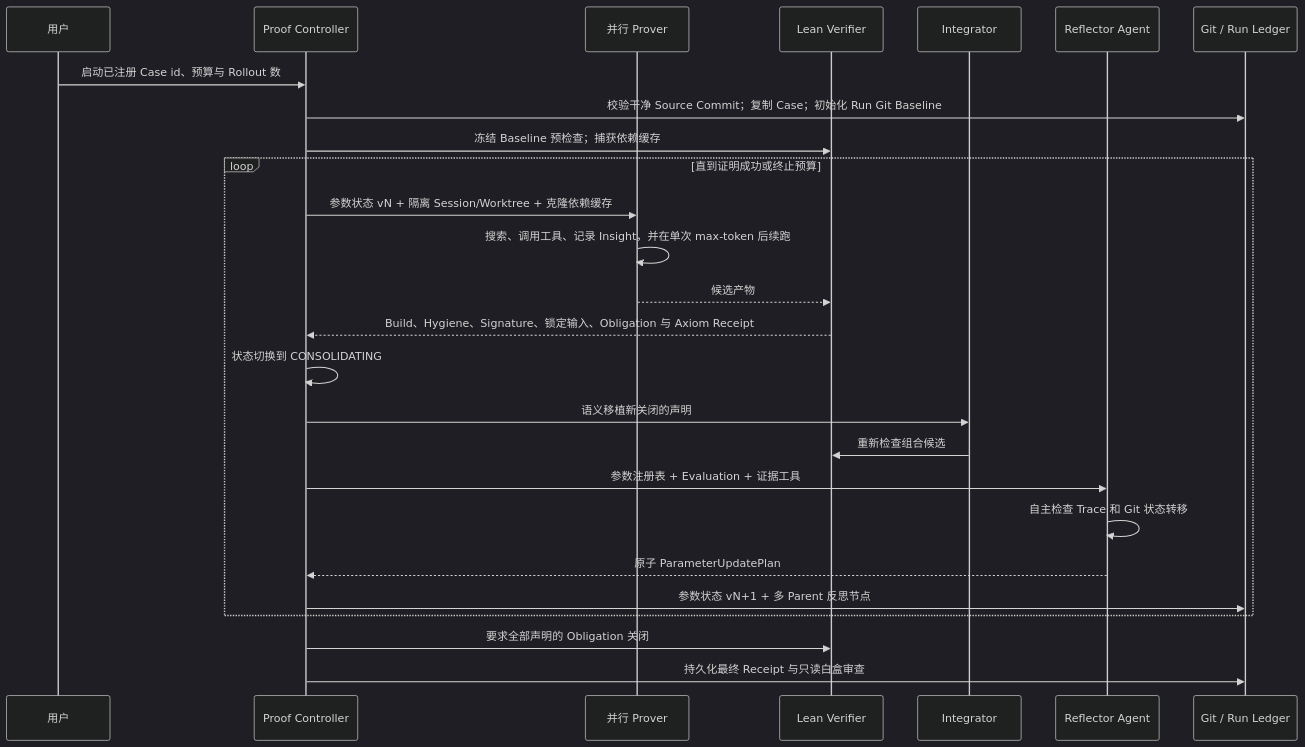
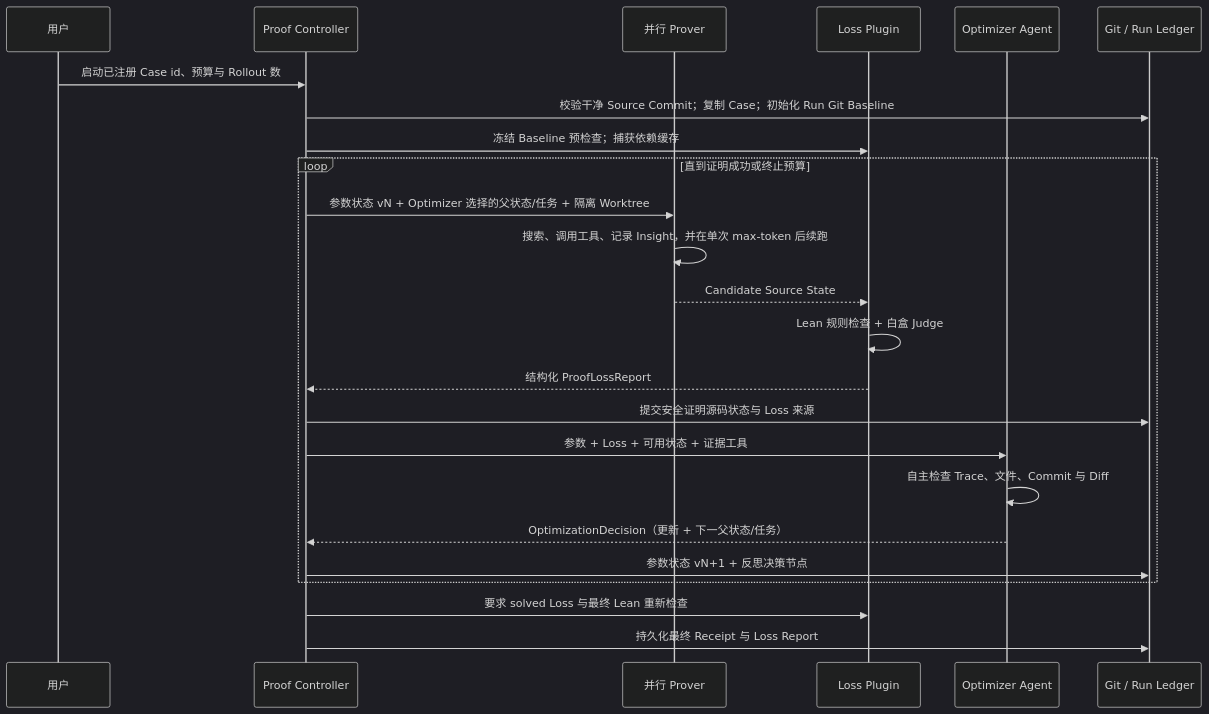
One commit to BruceLoveLee000/tokens-as-parameters changed the second of 2 diagrams in docs/zh-CN/architecture/dsh-formal-proof-bundle.md. Above: the diagram before and after it, drawn with Mermaid (dark theme). The commit also changed other lines of this file and 50 other files, not shown here.

````diff
--- a/docs/zh-CN/architecture/dsh-formal-proof-bundle.md
+++ b/docs/zh-CN/architecture/dsh-formal-proof-bundle.md
@@ -83,29 +66,27 @@
 ```mermaid
 sequenceDiagram
   participant U as 用户
   participant C as Proof Controller
   participant P as 并行 Prover
-  participant L as Lean Verifier
-  participant I as Integrator
-  participant R as Reflector Agent
+  participant L as Loss Plugin
+  participant O as Optimizer Agent
   participant G as Git / Run Ledger
 
   U->>C: 启动已注册 Case id、预算与 Rollout 数
   C->>G: 校验干净 Source Commit；复制 Case；初始化 Run Git Baseline
   C->>L: 冻结 Baseline 预检查；捕获依赖缓存
   loop 直到证明成功或终止预算
-    C->>P: 参数状态 vN + 隔离 Session/Worktree + 克隆依赖缓存
+    C->>P: 参数状态 vN + Optimizer 选择的父状态/任务 + 隔离 Worktree
     P->>P: 搜索、调用工具、记录 Insight，并在单次 max-token 后续跑
-    P-->>L: 候选产物
-    L-->>C: Build、Hygiene、Signature、锁定输入、Obligation 与 Axiom Receipt
-    C->>C: 状态切换到 CONSOLIDATING
-    C->>I: 语义移植新关闭的声明
-    I->>L: 重新检查组合候选
-    C->>R: 参数注册表 + Evaluation + 证据工具
-    R->>R: 自主检查 Trace 和 Git 状态转移
-    R-->>C: 原子 ParameterUpdatePlan
-    C->>G: 参数状态 vN+1 + 多 Parent 反思节点
+    P-->>L: Candidate Source State
+    L->>L: Lean 规则检查 + 白盒 Judge
+    L-->>C: 结构化 ProofLossReport
+    C->>G: 提交安全证明源码状态与 Loss 来源
+    C->>O: 参数 + Loss + 可用状态 + 证据工具
+    O->>O: 自主检查 Trace、文件、Commit 与 Diff
+    O-->>C: OptimizationDecision（更新 + 下一父状态/任务）
+    C->>G: 参数状态 vN+1 + 反思决策节点
   end
-  C->>L: 要求全部声明的 Obligation 关闭
-  C->>G: 持久化最终 Receipt 与只读白盒审查
+  C->>L: 要求 solved Loss 与最终 Lean 重新检查
+  C->>G: 持久化最终 Receipt 与 Loss Report
 ```
````
